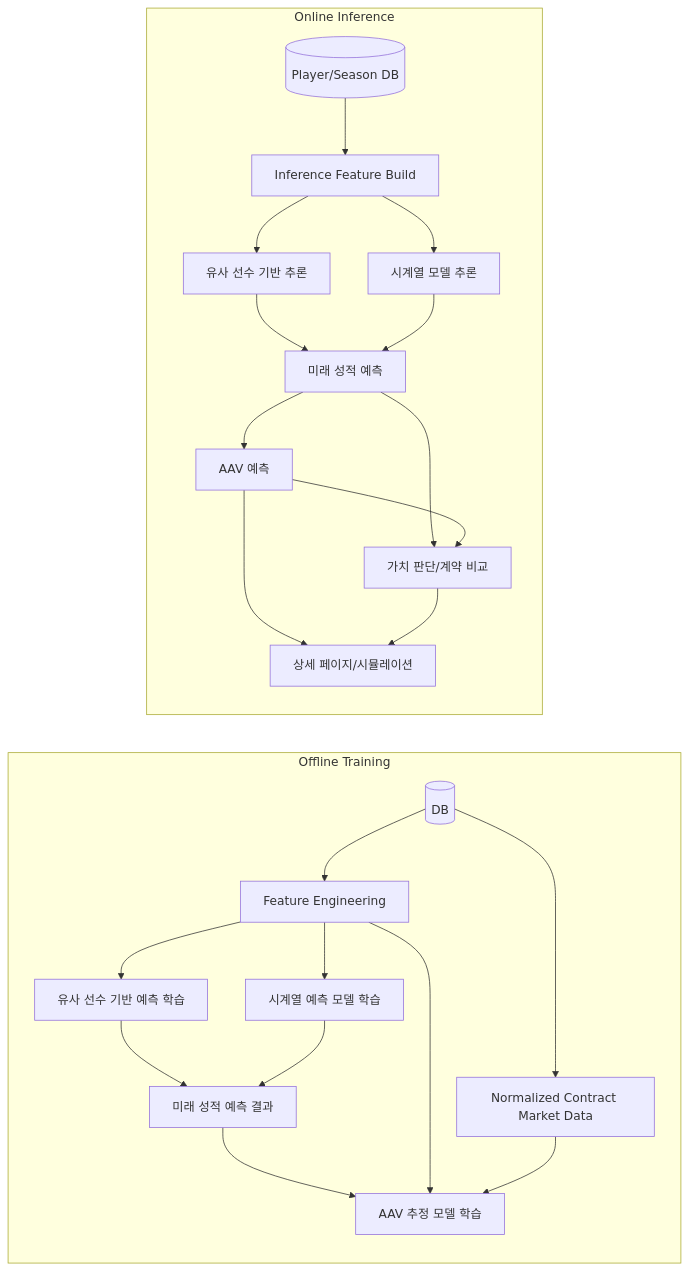
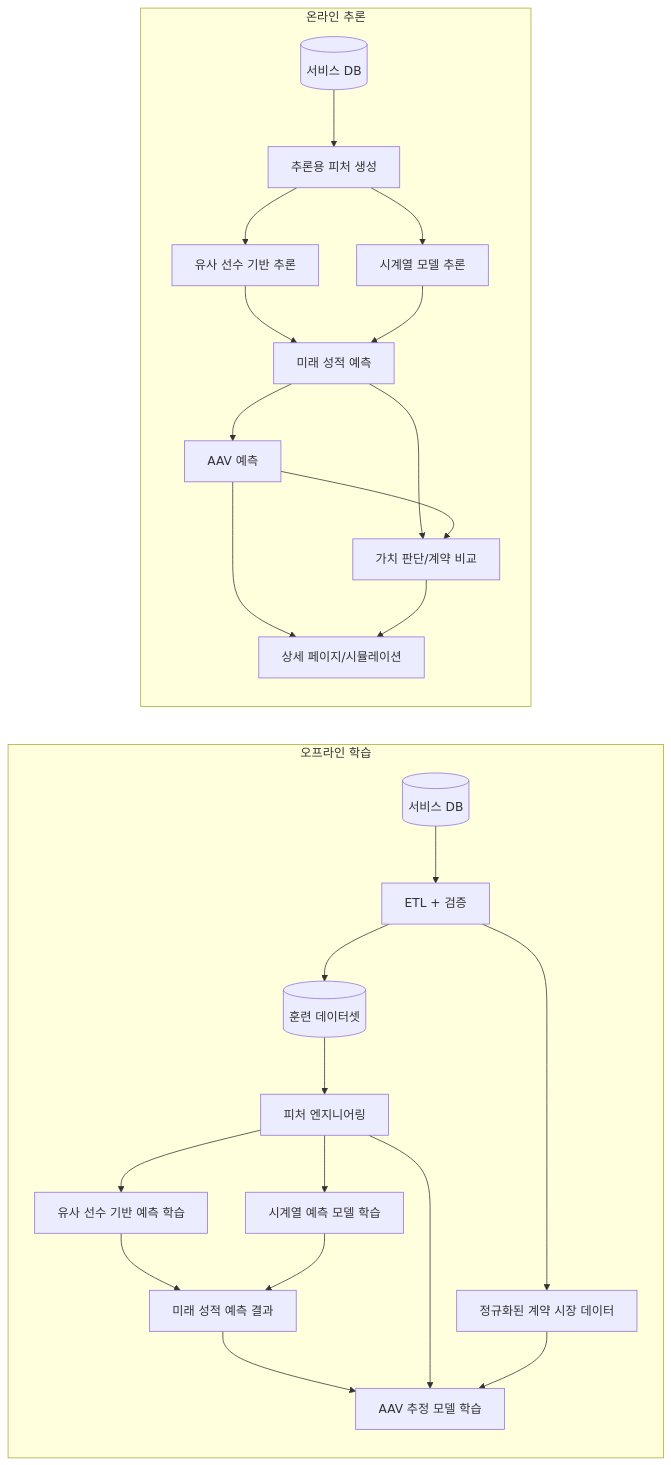
Before and after one commit to yechuk/backend: the fifth of 6 diagrams in ARCHITECTURE_TOBE.md, drawn with Mermaid. The commit also changed other lines of this file and 1 other file, not shown here.

````diff
--- a/ARCHITECTURE_TOBE.md
+++ b/ARCHITECTURE_TOBE.md
@@ -197,27 +206,29 @@
 ```mermaid
 flowchart LR
-    subgraph train [Offline Training]
-        DB[(DB)] --> FE[Feature Engineering]
-        DB --> Market[Normalized Contract Market Data]
+    subgraph train [오프라인 학습]
+        DB[(서비스 DB)] --> ETL[ETL + 검증]
+        ETL --> TrainSet[(훈련 데이터셋)]
+        ETL --> Market[정규화된 계약 시장 데이터]
+        TrainSet --> FE[피처 엔지니어링]
         FE --> Similar[유사 선수 기반 예측 학습]
         FE --> TS[시계열 예측 모델 학습]
         FE --> AAVTrain[AAV 추정 모델 학습]
         Similar --> ForecastTrain[미래 성적 예측 결과]
         TS --> ForecastTrain
         Market --> AAVTrain
         ForecastTrain --> AAVTrain
     end
 
-    subgraph infer [Online Inference]
-        OnlineDB[(Player/Season DB)] --> RuntimeFE[Inference Feature Build]
+    subgraph infer [온라인 추론]
+        OnlineDB[(서비스 DB)] --> RuntimeFE[추론용 피처 생성]
         RuntimeFE --> SimilarInfer[유사 선수 기반 추론]
         RuntimeFE --> TSInfer[시계열 모델 추론]
         SimilarInfer --> Forecast[미래 성적 예측]
         TSInfer --> Forecast
         Forecast --> AAV[AAV 예측]
         Forecast --> Value[가치 판단/계약 비교]
         AAV --> Value
         AAV --> UI[상세 페이지/시뮬레이션]
         Value --> UI
     end
 ```
````
